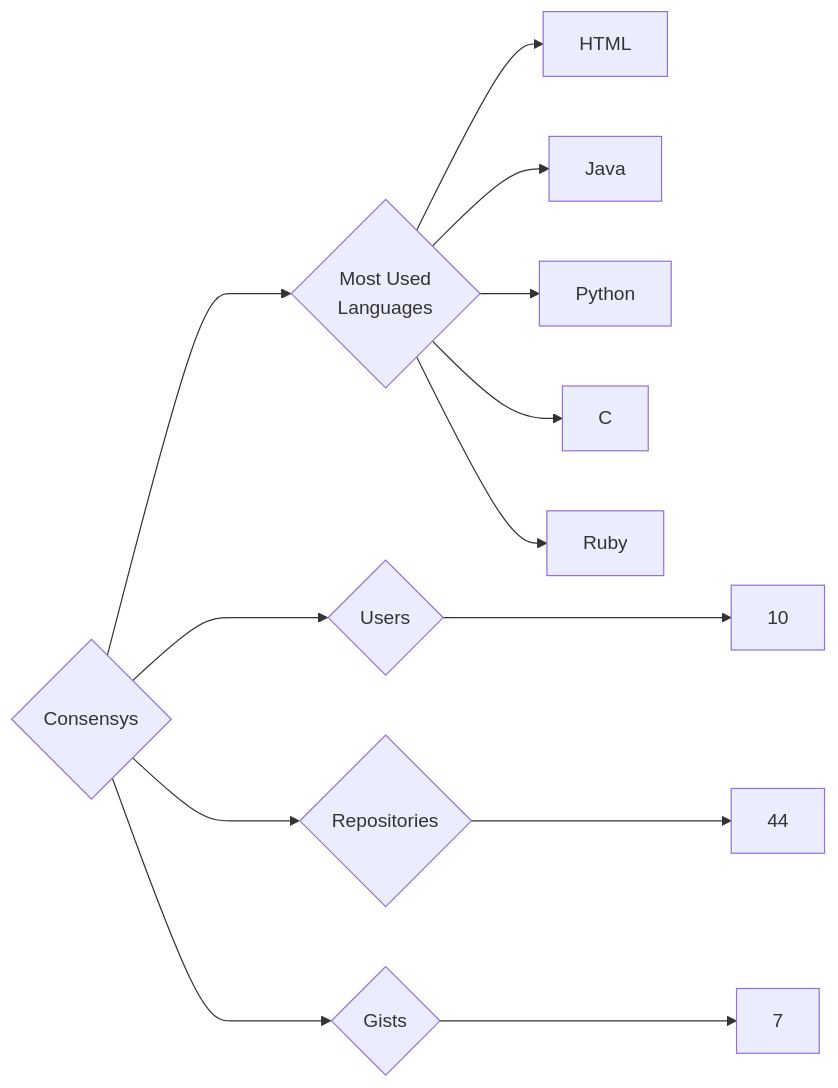
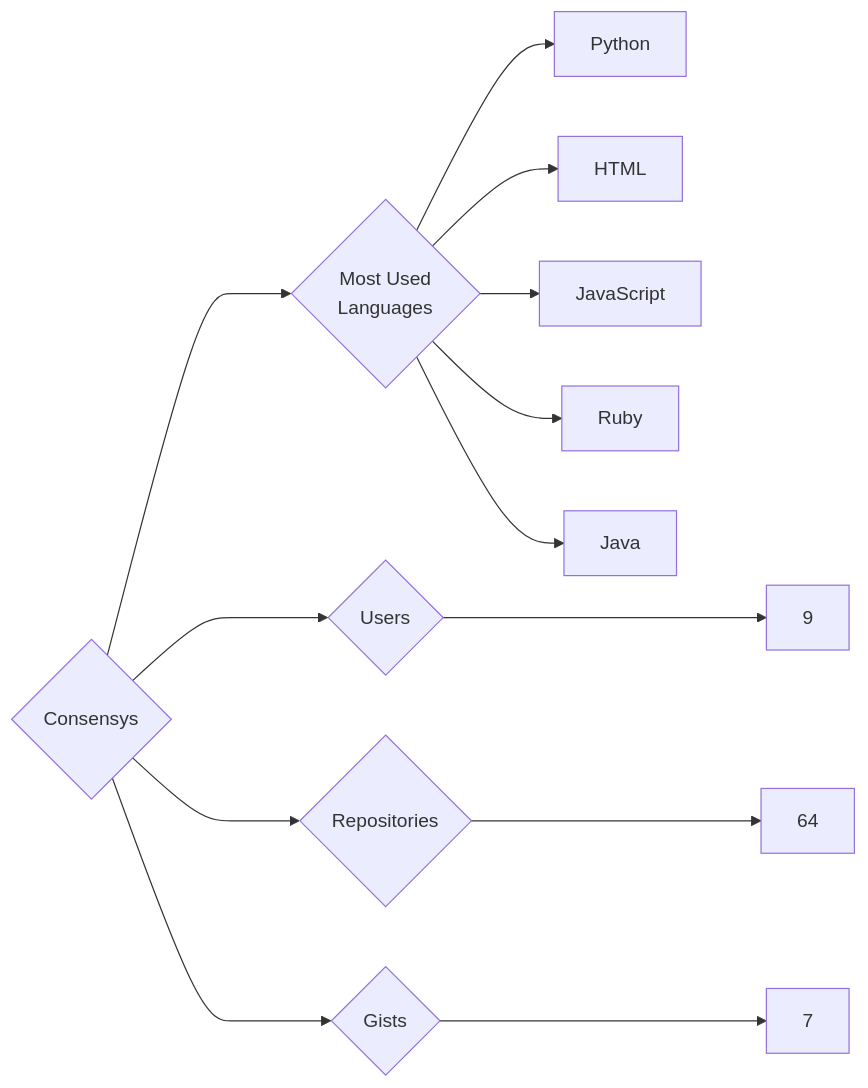
Before and after one commit to trickest/insiders: the diagram in targets/Consensys/README.md, drawn with Mermaid. The commit also changed 1148 other files, not shown here.

````diff
--- a/targets/Consensys/README.md
+++ b/targets/Consensys/README.md
@@ -3,13 +3,13 @@
 ```mermaid
 graph LR
 COMPANY_NAME{Consensys}
-COMPANY_NAME ---> U{Users} ---> UN[10]
-COMPANY_NAME ---> R{Repositories} ---> RN[44]
+COMPANY_NAME ---> U{Users} ---> UN[9]
+COMPANY_NAME ---> R{Repositories} ---> RN[64]
 COMPANY_NAME ---> G{Gists} ---> GN[7]
 COMPANY_NAME ---> ML{Most Used<br>Languages}
+ML --> Python[Python]
 ML --> HTML[HTML]
+ML --> JavaScript[JavaScript]
+ML --> Ruby[Ruby]
 ML --> Java[Java]
-ML --> Python[Python]
-ML --> C[C]
-ML --> Ruby[Ruby]
 ```
````
